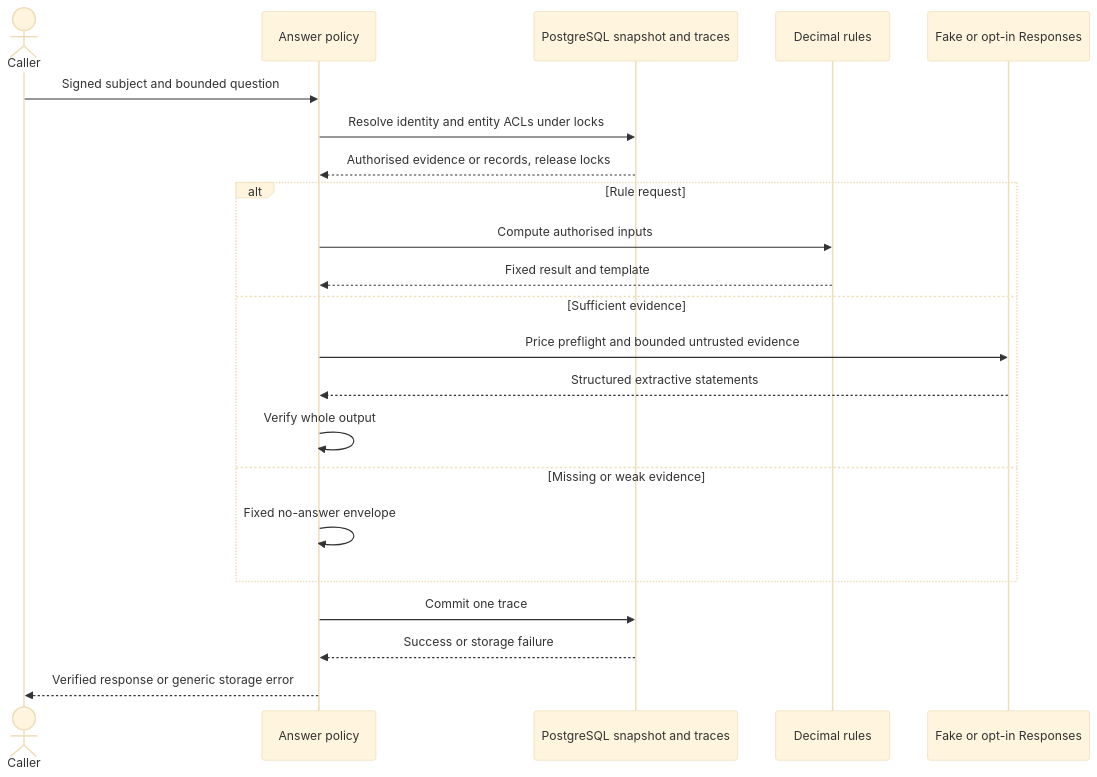
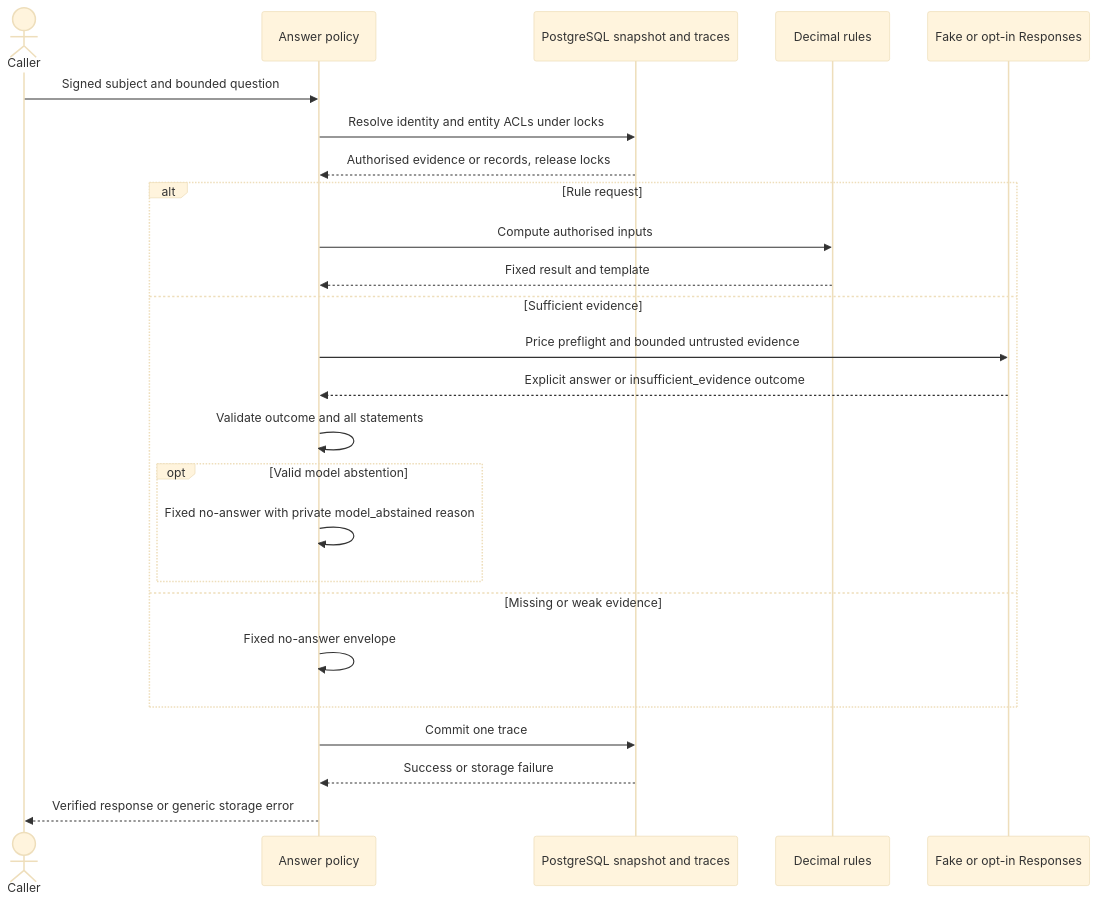
One commit to venkatakgonela/rag-audit-demo changed the fourth of 6 diagrams in docs/ARCHITECTURE.md. Above: the diagram before and after it, drawn with Mermaid (base theme). The commit also changed other lines of this file and 11 other files, not shown here.

````diff
--- a/docs/ARCHITECTURE.md
+++ b/docs/ARCHITECTURE.md
@@ -86,24 +86,27 @@
 ```mermaid
 sequenceDiagram
     actor Caller
     participant Policy as Answer policy
     participant Store as PostgreSQL snapshot and traces
     participant Rules as Decimal rules
     participant Model as Fake or opt-in Responses
     Caller->>Policy: Signed subject and bounded question
     Policy->>Store: Resolve identity and entity ACLs under locks
     Store-->>Policy: Authorised evidence or records, release locks
     alt Rule request
         Policy->>Rules: Compute authorised inputs
         Rules-->>Policy: Fixed result and template
     else Sufficient evidence
         Policy->>Model: Price preflight and bounded untrusted evidence
-    Model-->>Policy: Structured extractive statements
-        Policy->>Policy: Verify whole output
+        Model-->>Policy: Explicit answer or insufficient_evidence outcome
+        Policy->>Policy: Validate outcome and all statements
+        opt Valid model abstention
+            Policy->>Policy: Fixed no-answer with private model_abstained reason
+        end
     else Missing or weak evidence
         Policy->>Policy: Fixed no-answer envelope
     end
     Policy->>Store: Commit one trace
     Store-->>Policy: Success or storage failure
     Policy-->>Caller: Verified response or generic storage error
 ```
````
